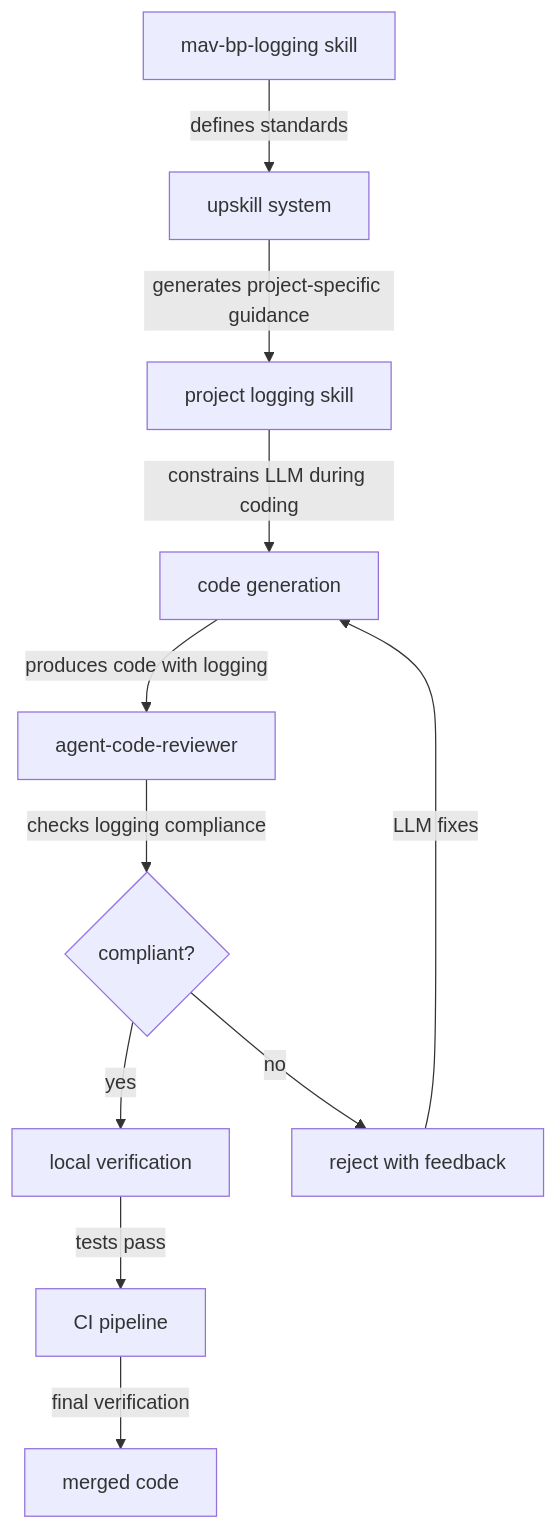
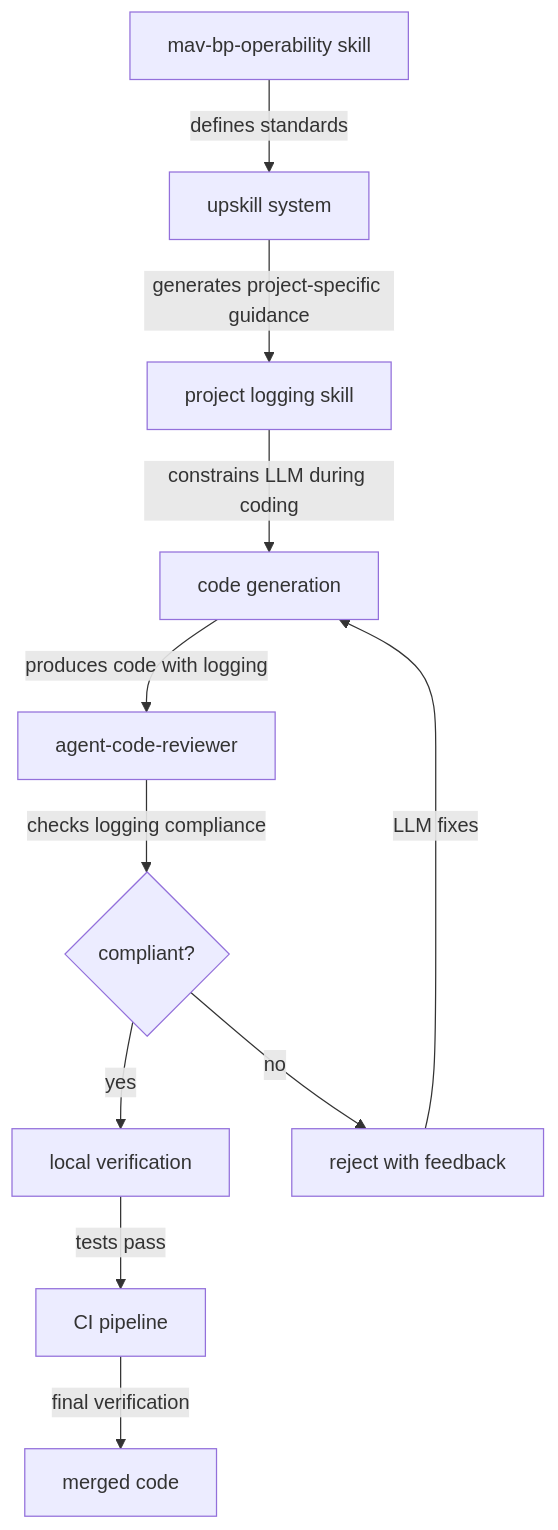
Before and after one commit to thermiteau/maverick: the first of 2 diagrams in docs/standards-and-practices/logging-standards.md, drawn with Mermaid. The commit also changed other lines of this file and 203 other files, not shown here.

````diff
--- a/docs/standards-and-practices/logging-standards.md
+++ b/docs/standards-and-practices/logging-standards.md
@@ -53,13 +56,13 @@
 ```mermaid
 flowchart TD
-    A[mav-bp-logging skill] -->|defines standards| B[upskill system]
+    A[mav-bp-operability skill] -->|defines standards| B[upskill system]
     B -->|generates project-specific guidance| C[project logging skill]
     C -->|constrains LLM during coding| D[code generation]
     D -->|produces code with logging| E[agent-code-reviewer]
     E -->|checks logging compliance| F{compliant?}
     F -->|yes| G[local verification]
     F -->|no| H[reject with feedback]
     H -->|LLM fixes| D
     G -->|tests pass| I[CI pipeline]
     I -->|final verification| J[merged code]
 ```
````
